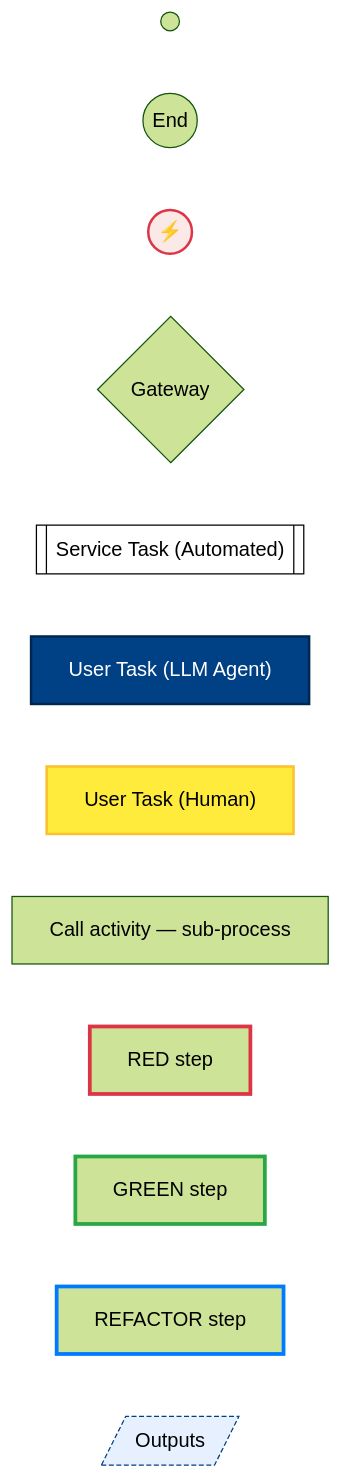
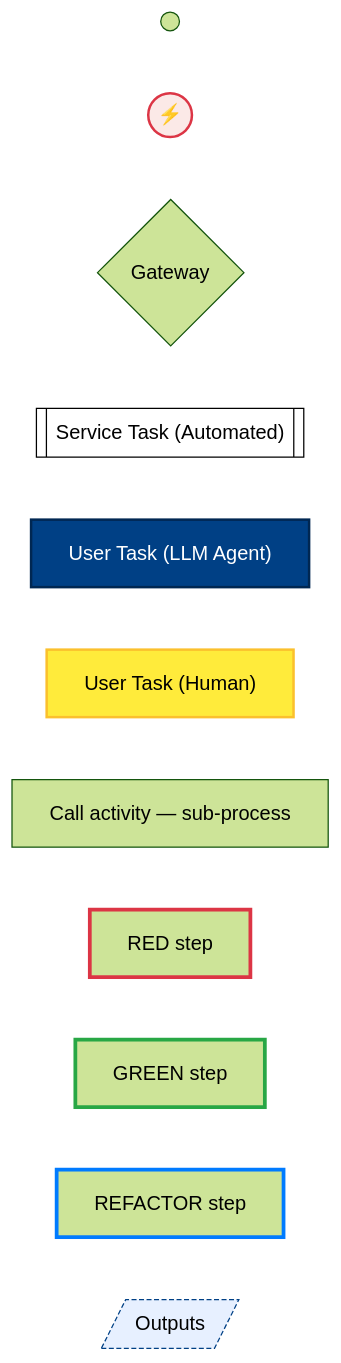
One commit to optivem/gh-optivem changed the first of 53 diagrams in docs/process-diagram.md. Above: the diagram before and after it, drawn with Mermaid (forest theme). The commit also changed other lines of this file and 1 other file, not shown here.

````diff
--- a/docs/process-diagram.md
+++ b/docs/process-diagram.md
@@ -20,39 +19,38 @@
 ```mermaid
 flowchart LR
-    EVS(( ))
-    EVE((End))
+    EVT(( ))
     ERR((⚡))
     GW{Gateway}
     SVC[["Service Task (Automated)"]]
     AGT["User Task (LLM Agent)"]
     HUM["User Task (Human)"]
     CALL[Call activity — sub-process]
     TDDR[RED step]
     TDDG[GREEN step]
     TDDF[REFACTOR step]
     OUT[/Outputs/]
 
     classDef serviceNode fill:#ffffff,stroke:#000000,stroke-width:1px,color:#000000
     class SVC serviceNode
 
     classDef agentNode fill:#004085,stroke:#002752,stroke-width:2px,color:#ffffff
     class AGT agentNode
 
     classDef humanNode fill:#ffeb3b,stroke:#fbc02d,stroke-width:2px,color:#000000
     class HUM humanNode
 
     classDef errorEndNode fill:#fbe9e7,stroke:#dc3545,stroke-width:2px,color:#000000
     class ERR errorEndNode
 
     classDef tddRedNode stroke:#dc3545,stroke-width:3px
     class TDDR tddRedNode
 
     classDef tddGreenNode stroke:#28a745,stroke-width:3px
     class TDDG tddGreenNode
 
     classDef tddRefactorNode stroke:#007bff,stroke-width:3px
     class TDDF tddRefactorNode
 
     classDef outputNode fill:#e7f0ff,stroke:#004085,stroke-width:1px,stroke-dasharray:4 2,color:#000000
     class OUT outputNode
 ```
````
